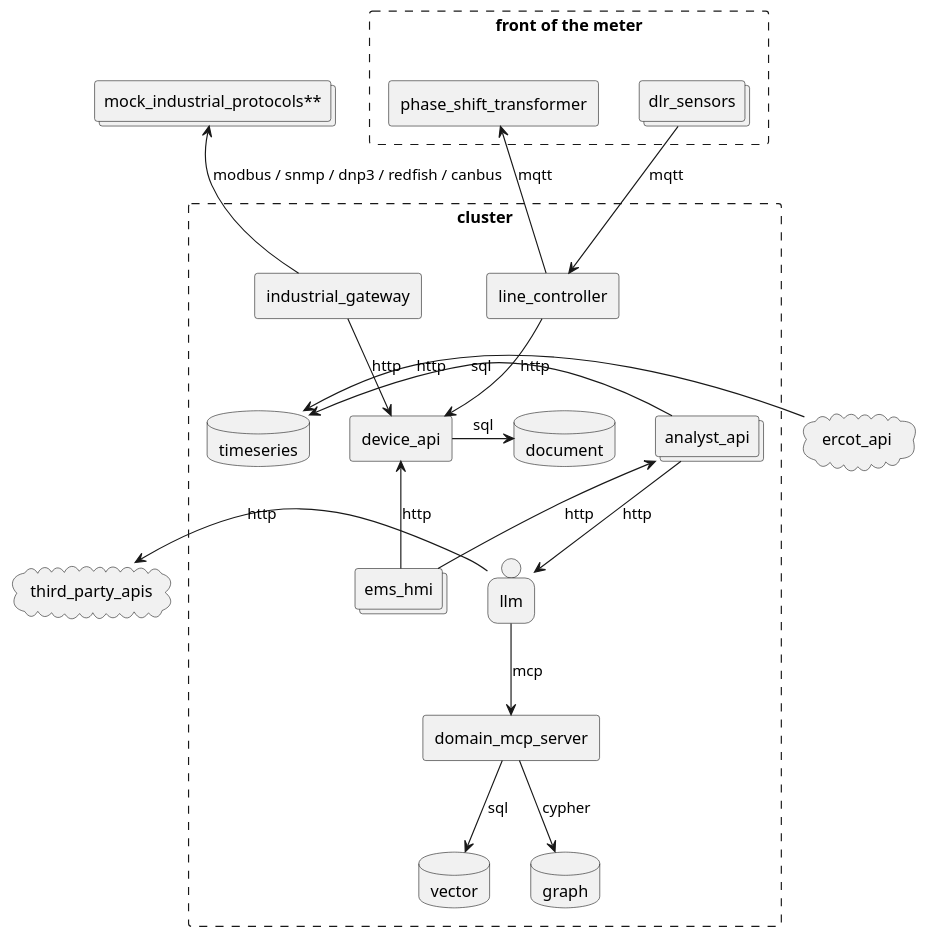
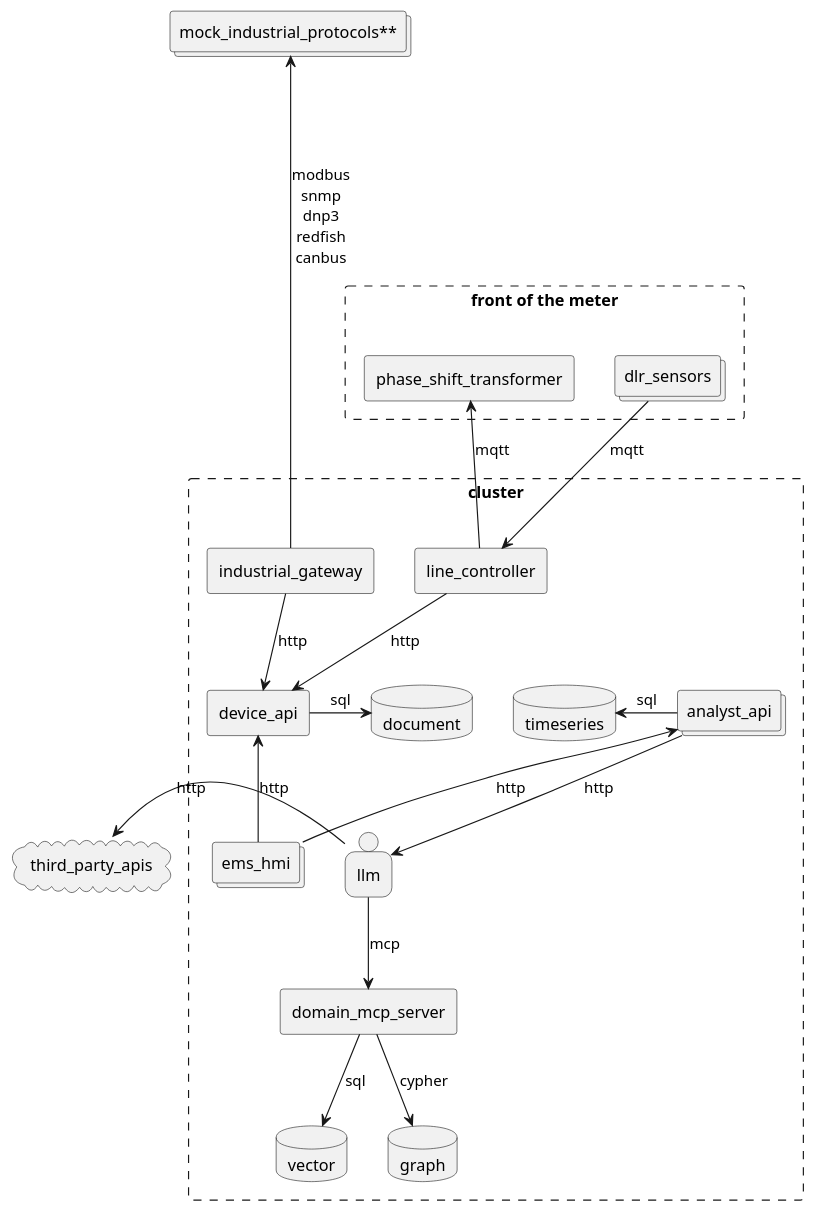
The first of 6 diagrams in readme.md (arcnode-io/ems), drawn with PlantUML before and after one commit. The commit also changed 4 other files, not shown here.

Commit message:
improve deployment diagram

````diff
--- a/readme.md
+++ b/readme.md
@@ -29,37 +29,35 @@
 ```plantuml
 collections "mock_industrial_protocols**" as mock_industrial_protocols
 rectangle  "front of the meter" #line.dashed {
   collections dlr_sensors
   rectangle phase_shift_transformer
 }
-cloud ercot_api
 cloud third_party_apis
 rectangle cluster #line.dashed {
     rectangle industrial_gateway
     rectangle line_controller
     rectangle device_api
     database timeseries
     database vector
     database graph
     collections analyst_api
     database document
     collections ems_hmi
     person llm
     rectangle domain_mcp_server
 }
 dlr_sensors -d-> line_controller: mqtt
 line_controller -u-> phase_shift_transformer: mqtt
-industrial_gateway -u-> mock_industrial_protocols: modbus / snmp / dnp3 / redfish / canbus
-ercot_api -r-> timeseries: http
+industrial_gateway -u---> mock_industrial_protocols: modbus\nsnmp\ndnp3\nredfish\ncanbus
 line_controller -d-> device_api: http
 industrial_gateway -d-> device_api: http
 ems_hmi -u-> device_api: http
 device_api -r-> document: sql
 analyst_api -l-> timeseries: sql
 llm -d-> domain_mcp_server: mcp
 domain_mcp_server -d-> vector: sql
 domain_mcp_server -d-> graph: cypher
 ems_hmi -u-> analyst_api: http
 analyst_api -d-> llm: http
 llm -l-> third_party_apis: http
 ```
````
